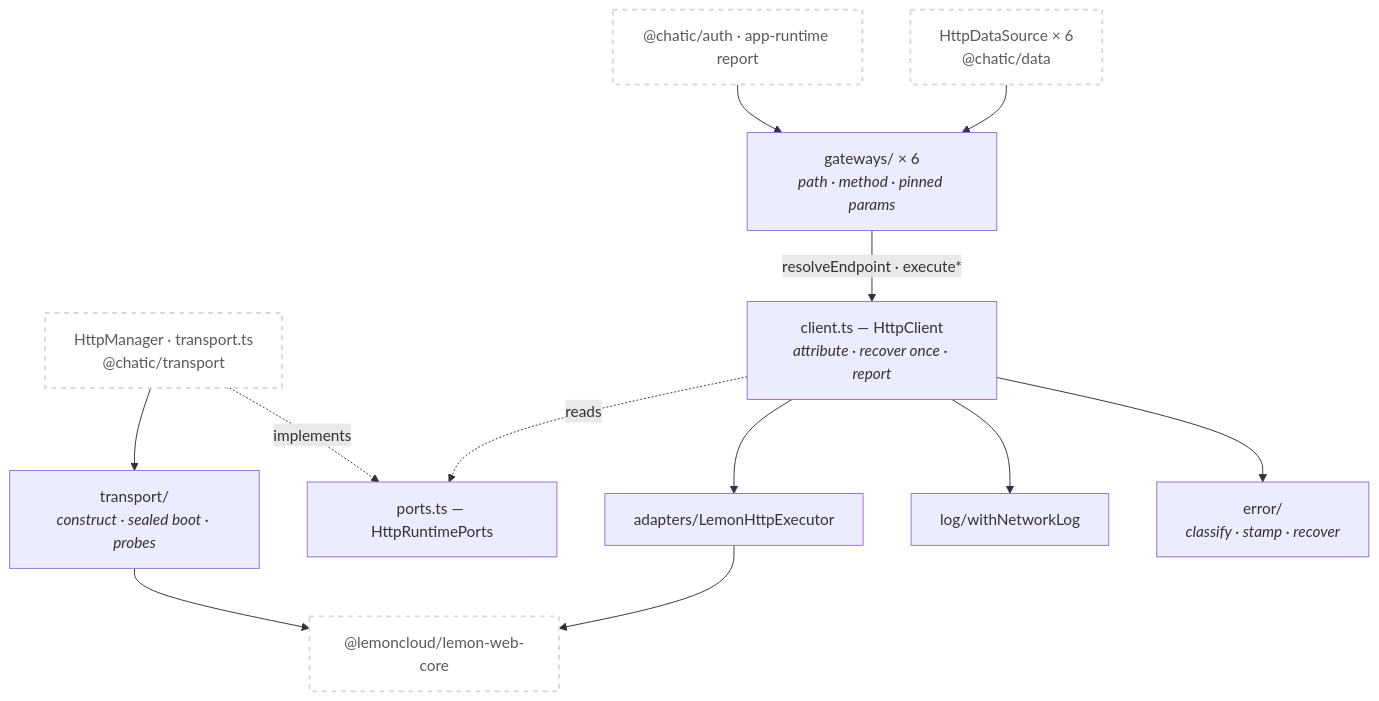
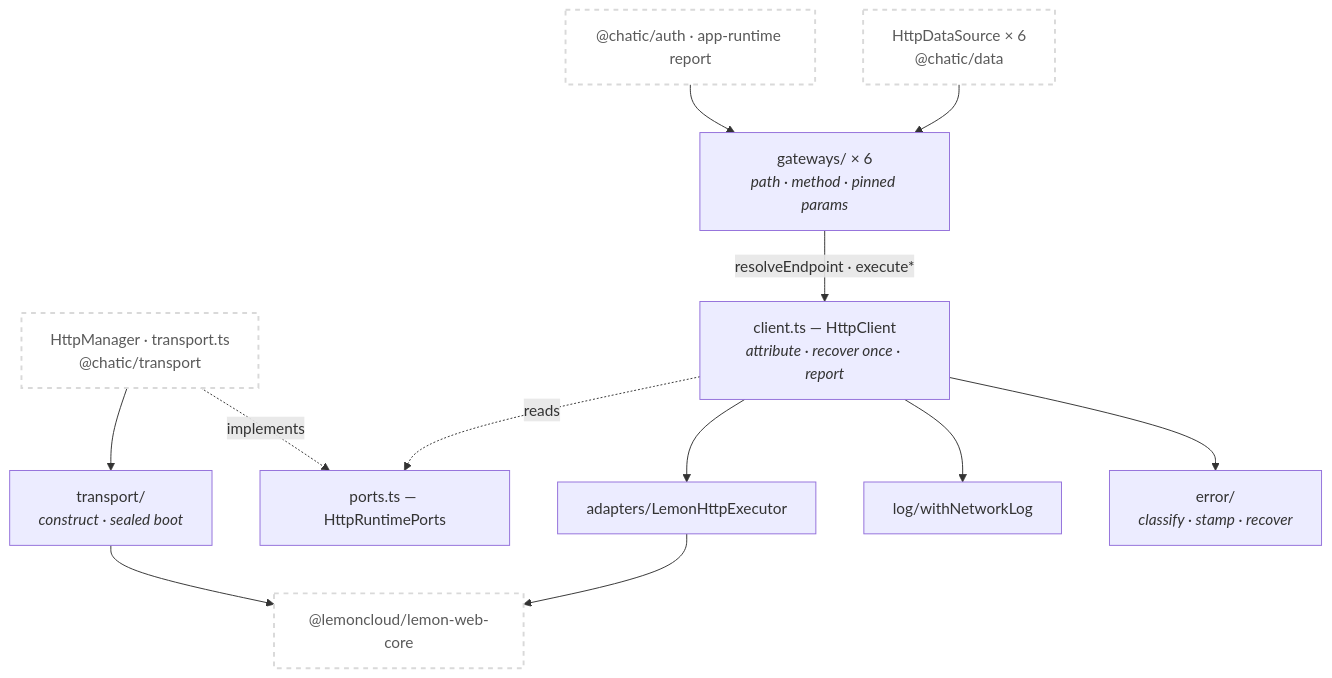
Before and after one commit to lemoncloud-io/dou-app: the first of 2 diagrams in libs/http/README.md, drawn with Mermaid. The commit also changed other lines of this file and 122 other files, not shown here.

````diff
--- a/libs/http/README.md
+++ b/libs/http/README.md
@@ -74,29 +74,29 @@
 ```mermaid
 flowchart TD
     classDef ext fill:#ffffff,stroke:#d9d9d9,stroke-width:2px,color:#595959,stroke-dasharray: 5 5;
 
     DS["HttpDataSource × 6<br/>@chatic/data"]:::ext
     SA["@chatic/auth · app-runtime report"]:::ext
     HM["HttpManager · transport.ts<br/>@chatic/transport"]:::ext
     LWC["@lemoncloud/lemon-web-core"]:::ext
 
     GW["gateways/ × 6<br/><i>path · method · pinned params</i>"]
     CL["client.ts — HttpClient<br/><i>attribute · recover once · report</i>"]
     ERR["error/<br/><i>classify · stamp · recover</i>"]
     LOG["log/withNetworkLog"]
     AD["adapters/LemonHttpExecutor"]
-    TR["transport/<br/><i>construct · sealed boot · probes</i>"]
+    TR["transport/<br/><i>construct · sealed boot</i>"]
     PORTS["ports.ts — HttpRuntimePorts"]
 
     DS --> GW
     SA --> GW
     GW -->|"resolveEndpoint · execute*"| CL
     CL --> ERR
     CL --> LOG
     CL --> AD
     CL -.->|"reads"| PORTS
     HM -.->|"implements"| PORTS
     HM --> TR
     AD --> LWC
     TR --> LWC
 ```
````
